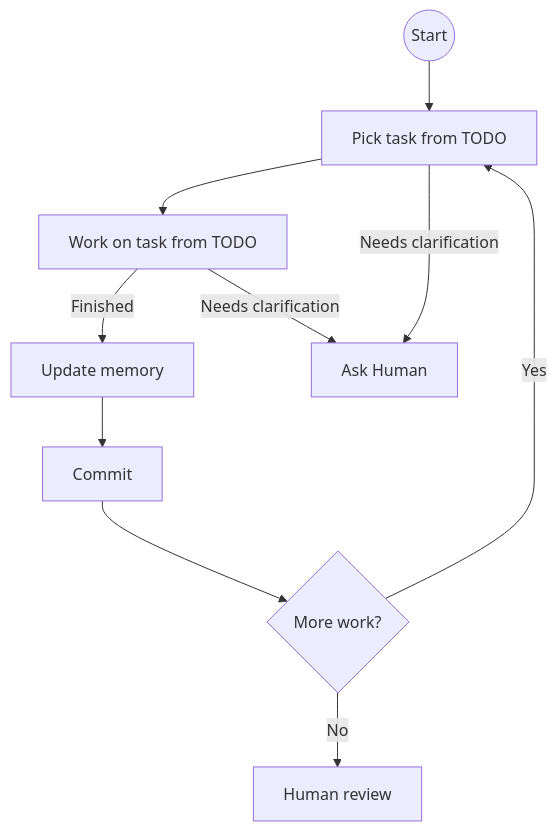
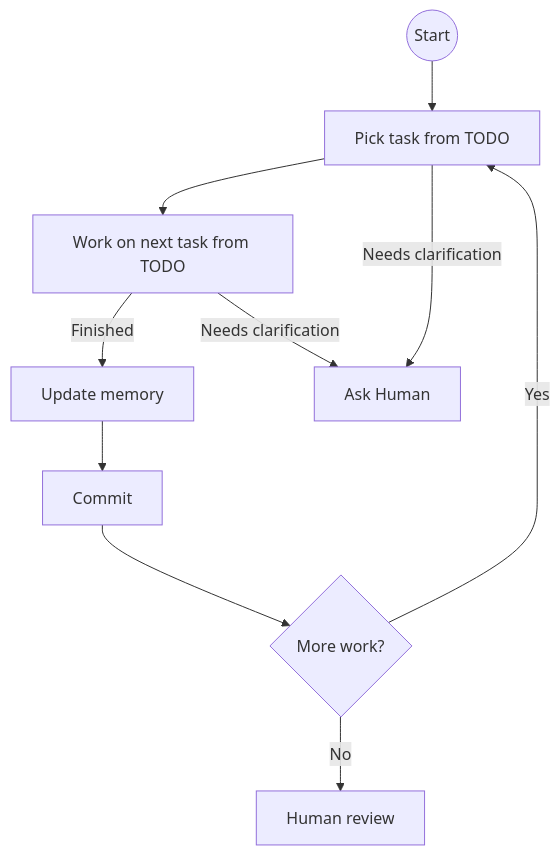
One commit to marcingurbisz/idea-execution-framework changed the diagram in AGENTS.md. Above: the diagram before and after it, drawn with Mermaid. The commit also changed other lines of this file, not shown here.

Commit message:
Refine agent instructions: clarify iteration rhythm and update task handling in work loop

````diff
--- a/AGENTS.md
+++ b/AGENTS.md
@@ -27,12 +25,12 @@
 ```mermaid
 flowchart TD
     A@{ shape: circle, label: "Start" } --> B[Pick task from TODO]
-    B --> C[Work on task from TODO]
+    B --> C[Work on next task from TODO]
     C -->|Finished| E[Update memory]
     C -->|Needs clarification| H[Ask Human]
     B -->|Needs clarification| H
     E --> Z["Commit"]
     Z --> G{More work?}
     G -->|Yes| B
     G -->|No| I[Human review]
 ```
````
